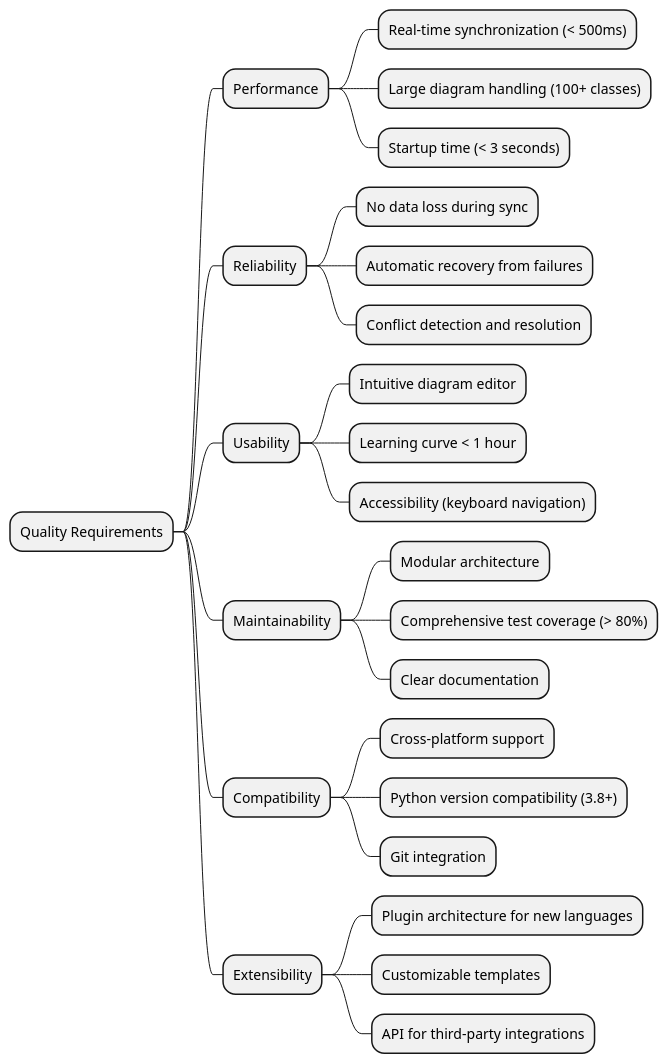
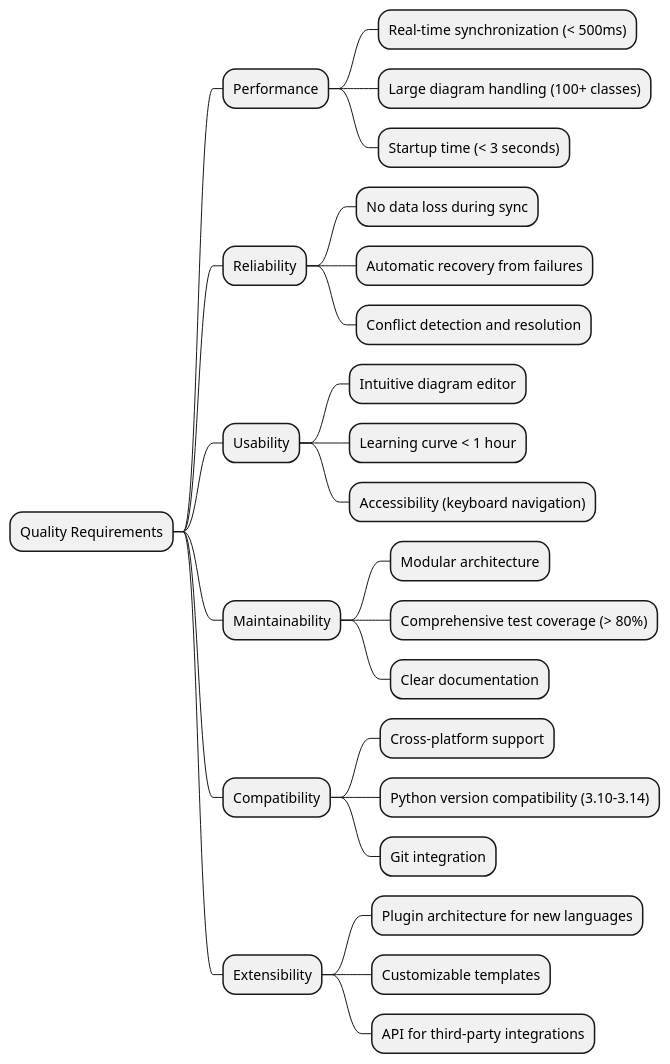
The diagram in docs/arc42/src/docs/chapters/10_quality_requirements.adoc (m-hptn/drait), drawn with PlantUML before and after one commit. The commit also changed other lines of this file and 2 other files, not shown here.

First line of the commit message:
Update Python version requirement to 3.10+

```diff
--- a/docs/arc42/src/docs/chapters/10_quality_requirements.adoc
+++ b/docs/arc42/src/docs/chapters/10_quality_requirements.adoc
@@ -6,30 +6,30 @@
 [plantuml, quality-tree, svg]
 ----
 @startmindmap
 * Quality Requirements
 ** Performance
 *** Real-time synchronization (< 500ms)
 *** Large diagram handling (100+ classes)
 *** Startup time (< 3 seconds)
 ** Reliability
 *** No data loss during sync
 *** Automatic recovery from failures
 *** Conflict detection and resolution
 ** Usability
 *** Intuitive diagram editor
 *** Learning curve < 1 hour
 *** Accessibility (keyboard navigation)
 ** Maintainability
 *** Modular architecture
 *** Comprehensive test coverage (> 80%)
 *** Clear documentation
 ** Compatibility
 *** Cross-platform support
-*** Python version compatibility (3.8+)
+*** Python version compatibility (3.10-3.14)
 *** Git integration
 ** Extensibility
 *** Plugin architecture for new languages
 *** Customizable templates
 *** API for third-party integrations
 @endmindmap
 ----
```
